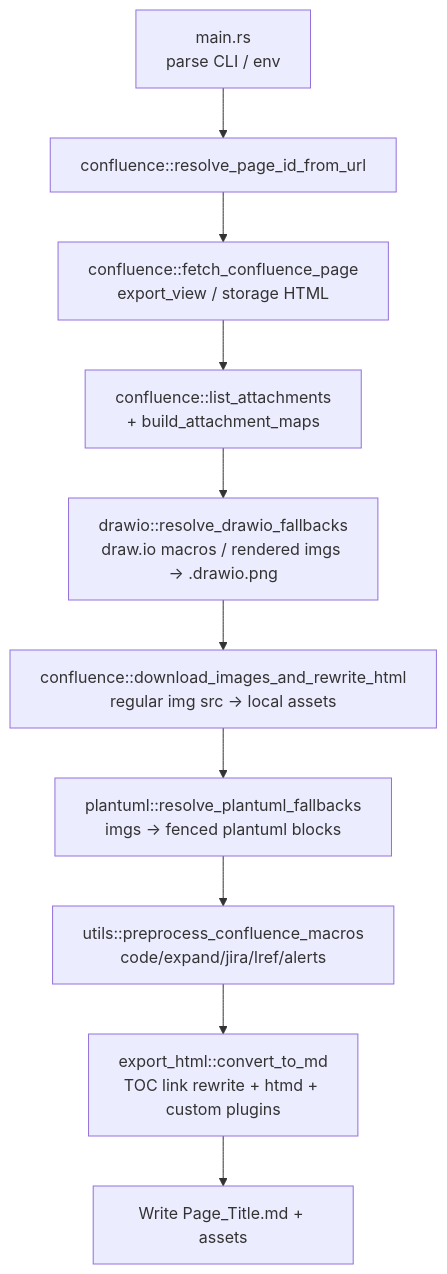
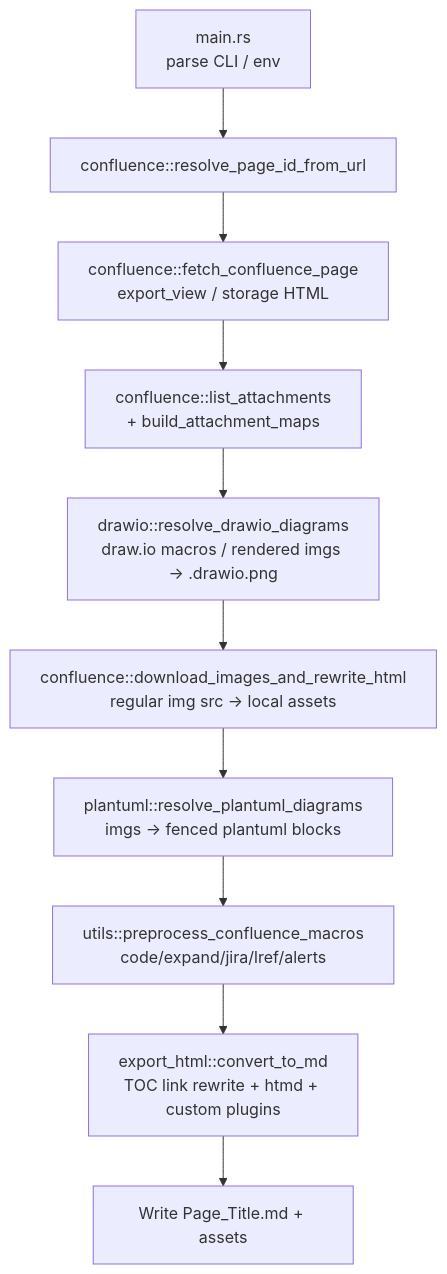
The second of 6 diagrams in ARCHITECTURE.md (Toyota/confluence2md), drawn with Mermaid before and after one commit. The commit also changed other lines of this file and 3 other files, not shown here.

Commit message:
refactor: rename `resolve_*_fallbacks` to `resolve_*_diagrams`

````diff
--- a/ARCHITECTURE.md
+++ b/ARCHITECTURE.md
@@ -51,12 +51,12 @@
 ```mermaid
 flowchart TD
     A[main.rs<br/>parse CLI / env] --> B[confluence::resolve_page_id_from_url]
     B --> C[confluence::fetch_confluence_page<br/>export_view / storage HTML]
     C --> D[confluence::list_attachments<br/>+ build_attachment_maps]
-    D --> E[drawio::resolve_drawio_fallbacks<br/>draw.io macros / rendered imgs → .drawio.png]
+    D --> E[drawio::resolve_drawio_diagrams<br/>draw.io macros / rendered imgs → .drawio.png]
     E --> F[confluence::download_images_and_rewrite_html<br/>regular img src → local assets]
-    F --> G[plantuml::resolve_plantuml_fallbacks<br/>imgs → fenced plantuml blocks]
+    F --> G[plantuml::resolve_plantuml_diagrams<br/>imgs → fenced plantuml blocks]
     G --> H[utils::preprocess_confluence_macros<br/>code/expand/jira/lref/alerts]
     H --> I[export_html::convert_to_md<br/>TOC link rewrite + htmd + custom plugins]
     I --> J[Write Page_Title.md + assets]
 ```
````
